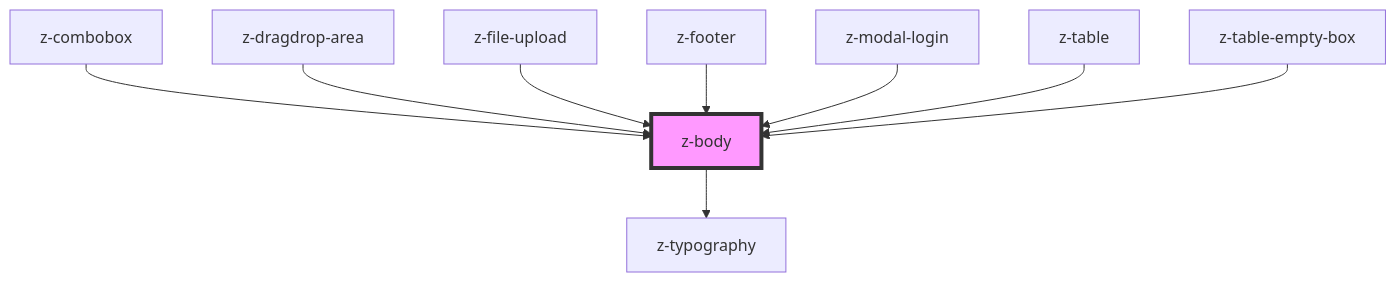
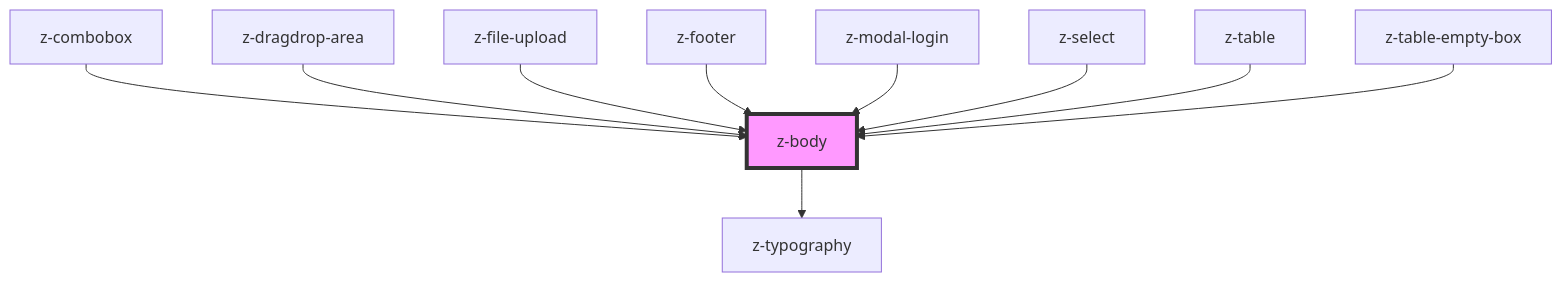
The diagram in src/components/typography/z-body/readme.md (ZanichelliEditore/design-system), drawn with Mermaid before and after one commit. The commit also changed other lines of this file and 3 other files, not shown here.

````diff
--- a/src/components/typography/z-body/readme.md
+++ b/src/components/typography/z-body/readme.md
@@ -32,12 +33,13 @@
 ```mermaid
 graph TD;
   z-body --> z-typography
   z-combobox --> z-body
   z-dragdrop-area --> z-body
   z-file-upload --> z-body
   z-footer --> z-body
   z-modal-login --> z-body
+  z-select --> z-body
   z-table --> z-body
   z-table-empty-box --> z-body
   style z-body fill:#f9f,stroke:#333,stroke-width:4px
 ```
````
